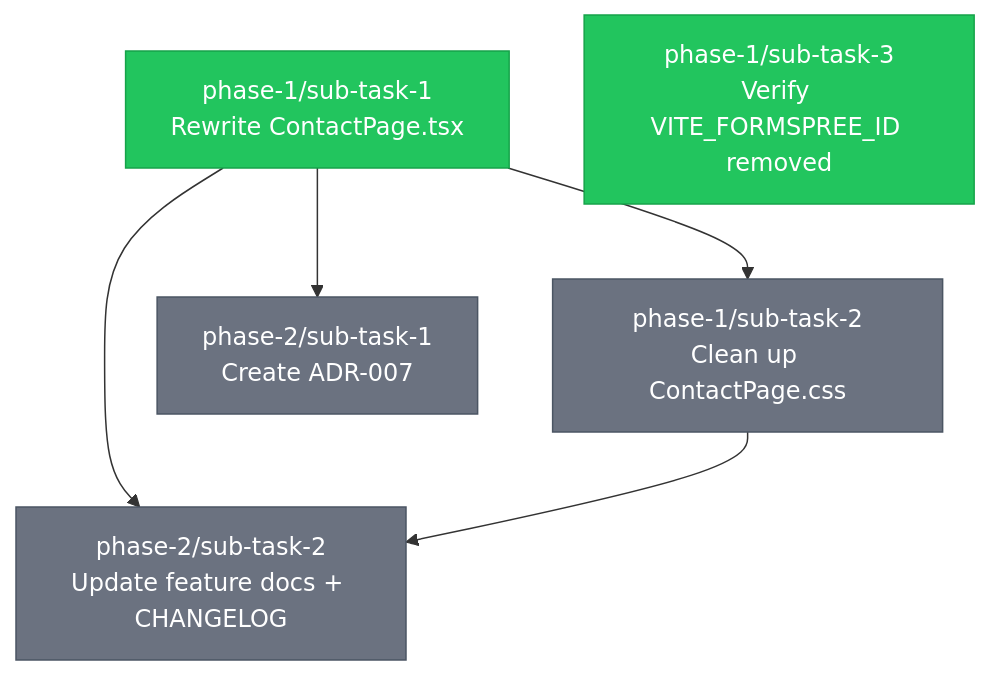
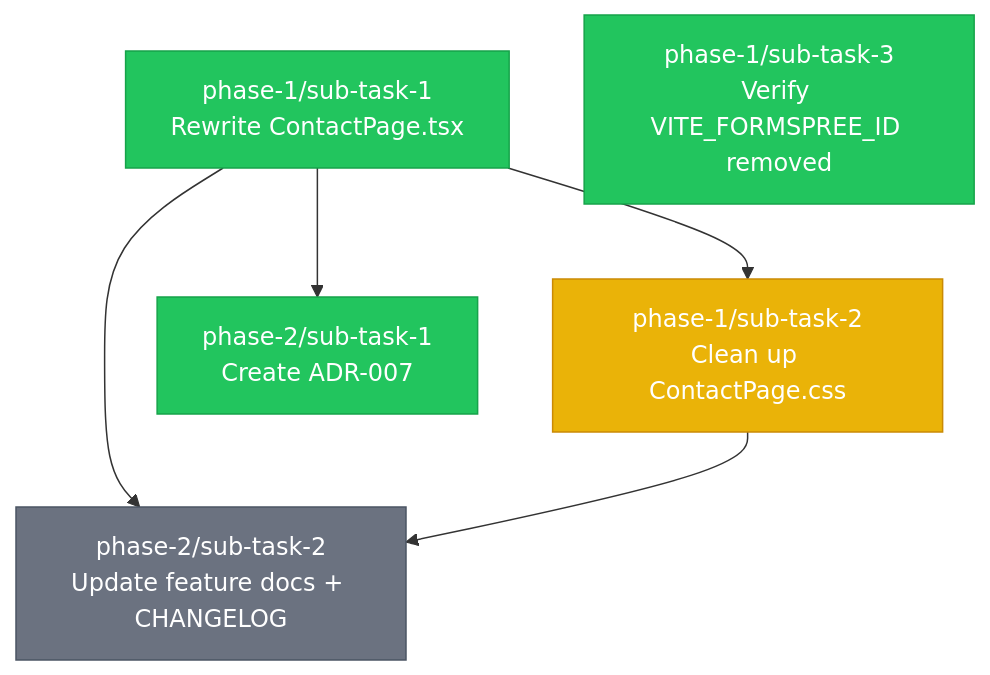
One commit to Bagwell-Oil-Imaging/late-night-happy-hour-league-site changed the diagram in .claude/tasks/TASKS.md. Above: the diagram before and after it, drawn with Mermaid. The commit also changed other lines of this file, not shown here.

````diff
--- a/.claude/tasks/TASKS.md
+++ b/.claude/tasks/TASKS.md
@@ -14,29 +14,29 @@
 ```mermaid
 graph TD
     %% Phase 1: Code
     P1T1["phase-1/sub-task-1<br/>Rewrite ContactPage.tsx"]
     P1T2["phase-1/sub-task-2<br/>Clean up ContactPage.css"]
     P1T3["phase-1/sub-task-3<br/>Verify VITE_FORMSPREE_ID removed"]
 
     %% Phase 2: Documentation
     P2T1["phase-2/sub-task-1<br/>Create ADR-007"]
     P2T2["phase-2/sub-task-2<br/>Update feature docs + CHANGELOG"]
 
     %% Dependencies
     P1T1 --> P1T2
     P1T1 --> P2T1
     P1T1 --> P2T2
     P1T2 --> P2T2
 
     %% Status styling
     classDef completed fill:#22c55e,stroke:#16a34a,color:#fff
     classDef inprogress fill:#eab308,stroke:#ca8a04,color:#fff
     classDef pending fill:#6b7280,stroke:#4b5563,color:#fff
     classDef blocked fill:#ef4444,stroke:#dc2626,color:#fff
 
     class P1T1 completed
-    class P1T2 pending
+    class P1T2 inprogress
     class P1T3 completed
-    class P2T1 pending
+    class P2T1 completed
     class P2T2 pending
 ```
````
